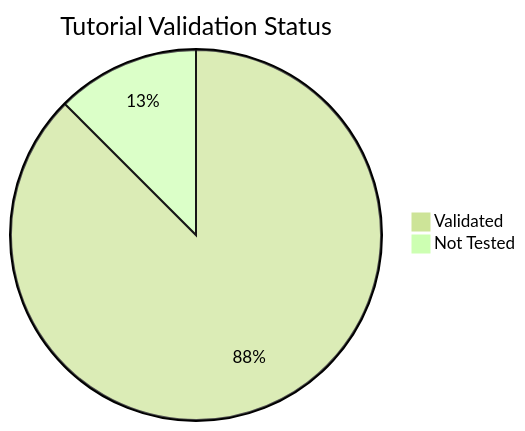
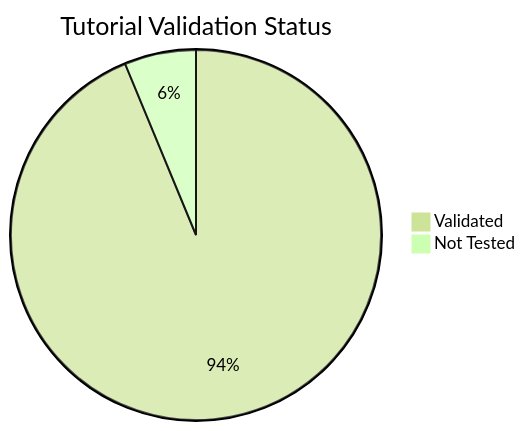
Before and after one commit to yeongseon/azure-functions-practical-guide: the diagram in docs/reference/validation-status.md, drawn with Mermaid (forest theme). The commit also changed other lines of this file and 7 other files, not shown here.

````diff
--- a/docs/reference/validation-status.md
+++ b/docs/reference/validation-status.md
@@ -17,5 +17,5 @@
 ```mermaid
 pie title Tutorial Validation Status
-    "Validated" : 98
-    "Not Tested" : 14
+    "Validated" : 105
+    "Not Tested" : 7
 ```
````
